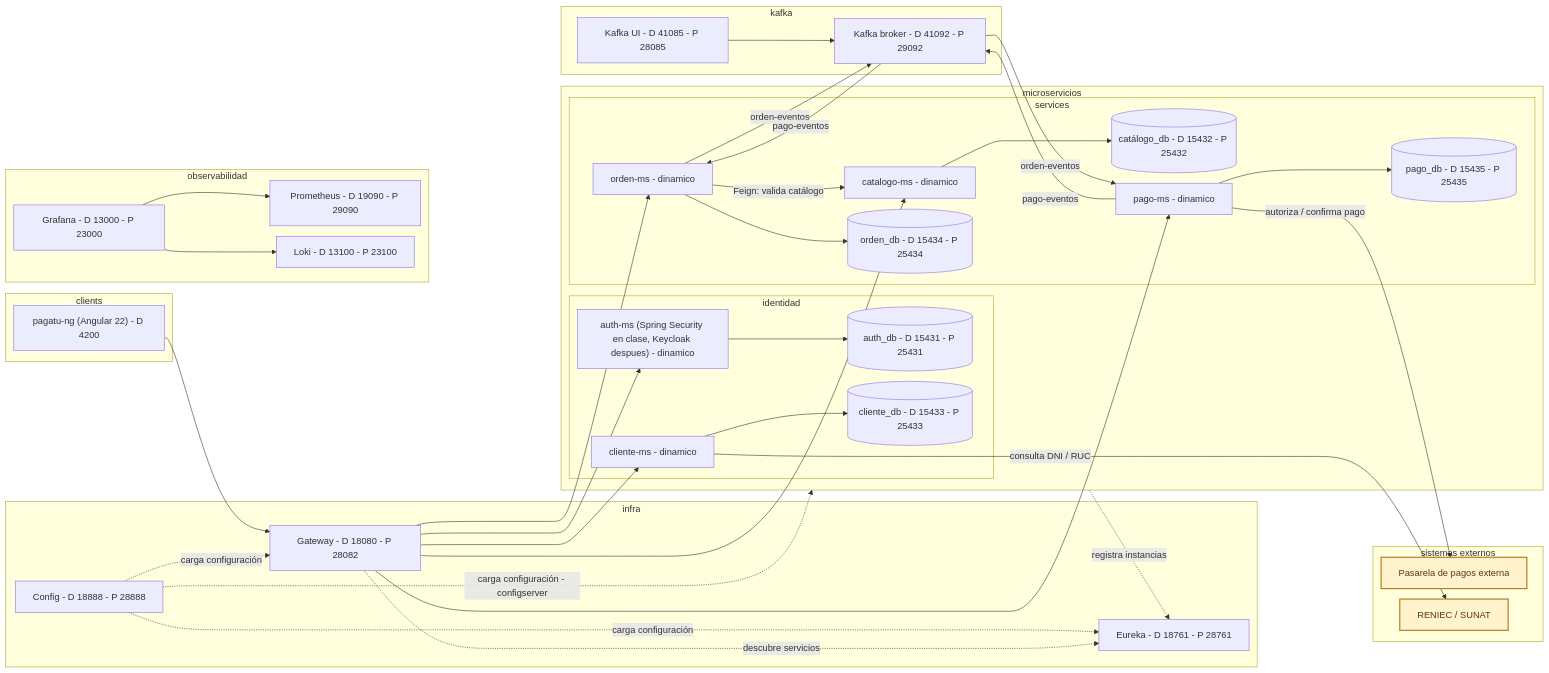
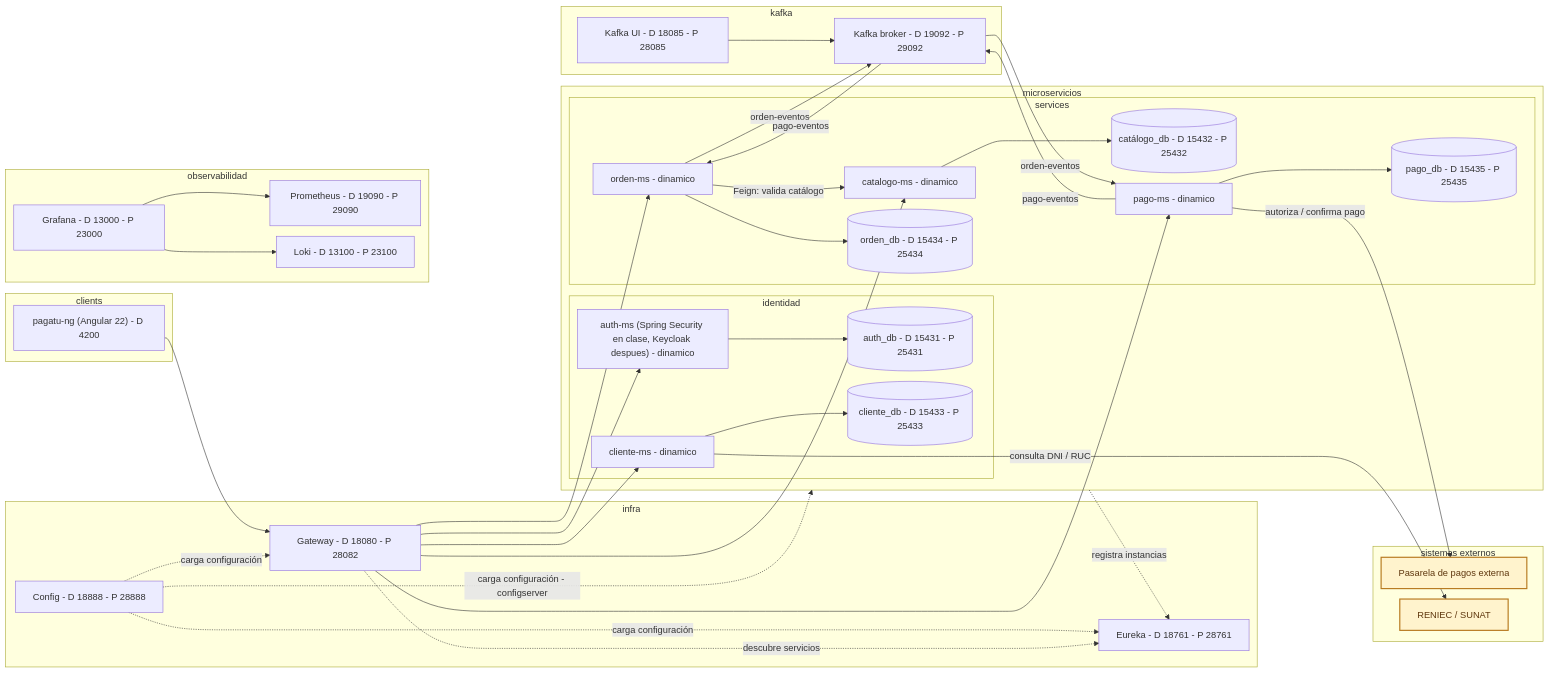
The second of 2 diagrams in docs/index.md (262dist/pagatu), drawn with Mermaid before and after one commit. The commit also changed 2 other files, not shown here.

````diff
--- a/docs/index.md
+++ b/docs/index.md
@@ -89,83 +89,83 @@
 ```mermaid
 %%{init: {"flowchart": {"nodeSpacing": 18, "rankSpacing": 28, "curve": "basis"}} }%%
 flowchart LR
     subgraph Infra["infra"]
         Config["Config - D 18888 - P 28888"]
         Eureka["Eureka - D 18761 - P 28761"]
         Gateway["Gateway - D 18080 - P 28082"]
     end
 
     subgraph Runtime["microservicios"]
         subgraph Identity["identidad"]
             Auth["auth-ms (Spring Security en clase, Keycloak despues) - dinamico"]
             AuthDB[("auth_db - D 15431 - P 25431")]
             Auth --> AuthDB
             Cliente["cliente-ms - dinamico"]
             ClienteDB[("cliente_db - D 15433 - P 25433")]
             Cliente --> ClienteDB
         end
 
         subgraph Services["services"]
             Catalogo["catalogo-ms - dinamico"]
             CatalogoDB[("catálogo_db - D 15432 - P 25432")]
             Orden["orden-ms - dinamico"]
             OrdenDB[("orden_db - D 15434 - P 25434")]
             Pago["pago-ms - dinamico"]
             PagoDB[("pago_db - D 15435 - P 25435")]
 
             Catalogo --> CatalogoDB
             Orden --> OrdenDB
             Pago --> PagoDB
             Orden -->|"Feign: valida catálogo"| Catalogo
         end
     end
 
     subgraph Messaging["kafka"]
-        Broker["Kafka broker - D 41092 - P 29092"]
-        KafkaUI["Kafka UI - D 41085 - P 28085"]
+        Broker["Kafka broker - D 19092 - P 29092"]
+        KafkaUI["Kafka UI - D 18085 - P 28085"]
         KafkaUI --> Broker
     end
 
     subgraph External["sistemas externos"]
         PaymentGateway["Pasarela de pagos externa"]
         ReniecSunat["RENIEC / SUNAT"]
     end
 
     Angular --> Gateway
     Gateway --> Auth
     Gateway --> Cliente
     Gateway --> Catalogo
     Gateway --> Orden
     Gateway --> Pago
     Cliente -->|"consulta DNI / RUC"| ReniecSunat
 
     Config -. "carga configuración" .-> Eureka
     Config -. "carga configuración" .-> Gateway
     Config -. "carga configuración - configserver" .-> Runtime
     Runtime -. "registra instancias" .-> Eureka
     Gateway -. "descubre servicios" .-> Eureka
 
     Orden -->|"orden-eventos"| Broker
     Broker -->|"orden-eventos"| Pago
     Pago -->|"pago-eventos"| Broker
     Broker -->|"pago-eventos"| Orden
     Pago -->|"autoriza / confirma pago"| PaymentGateway
 
     classDef external fill:#fff3cd,stroke:#b7791f,stroke-width:2px,color:#5f370e;
     class PaymentGateway,ReniecSunat external;
 
     subgraph Client["clients"]
         Angular["pagatu-ng (Angular 22) - D 4200"]
     end
 
     subgraph Obs["observabilidad"]
         Prometheus["Prometheus - D 19090 - P 29090"]
         Loki["Loki - D 13100 - P 23100"]
         Grafana["Grafana - D 13000 - P 23000"]
         Grafana --> Prometheus
         Grafana --> Loki
     end
 
     Angular ~~~ Prometheus
 
 ```
````
